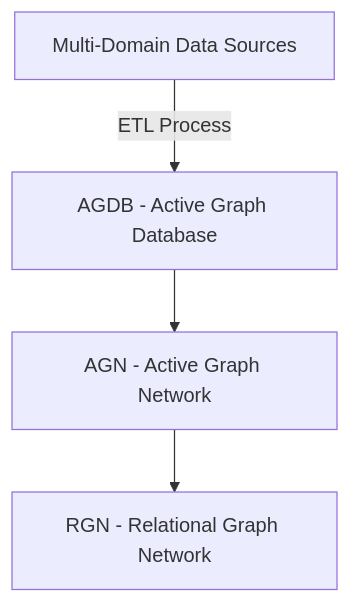
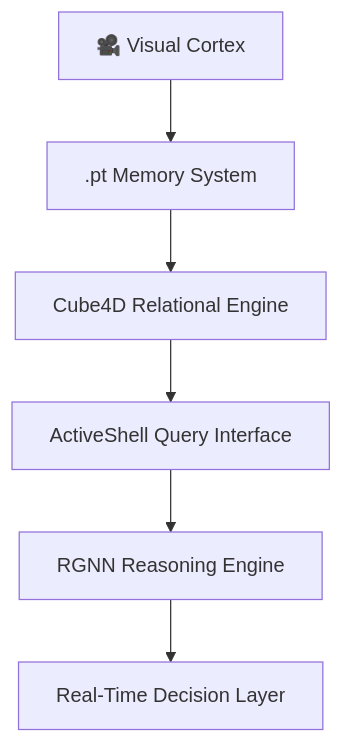
The third of 3 diagrams in README.md (TheGuyFromTheApprentice/ActiveGraphNetworks), drawn with Mermaid before and after one commit. The commit also changed other lines of this file, not shown here.

````diff
--- a/README.md
+++ b/README.md
@@ -229,6 +171,8 @@
 ```mermaid
 graph TD
-    A["Multi-Domain Data Sources"] -->|ETL Process| B["AGDB - Active Graph Database"]
-    B --> D["AGN - Active Graph Network"]
-    D --> E["RGN - Relational Graph Network"]
+    A["🎥 Visual Cortex"] --> B[".pt Memory System"]
+    B --> C["Cube4D Relational Engine"]
+    C --> D["ActiveShell Query Interface"]
+    D --> E["RGNN Reasoning Engine"]
+    E --> F["Real-Time Decision Layer"]
 ```
````
